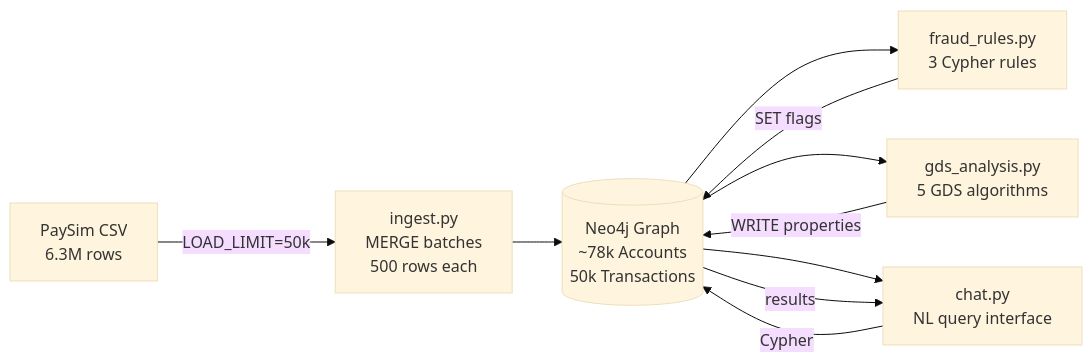
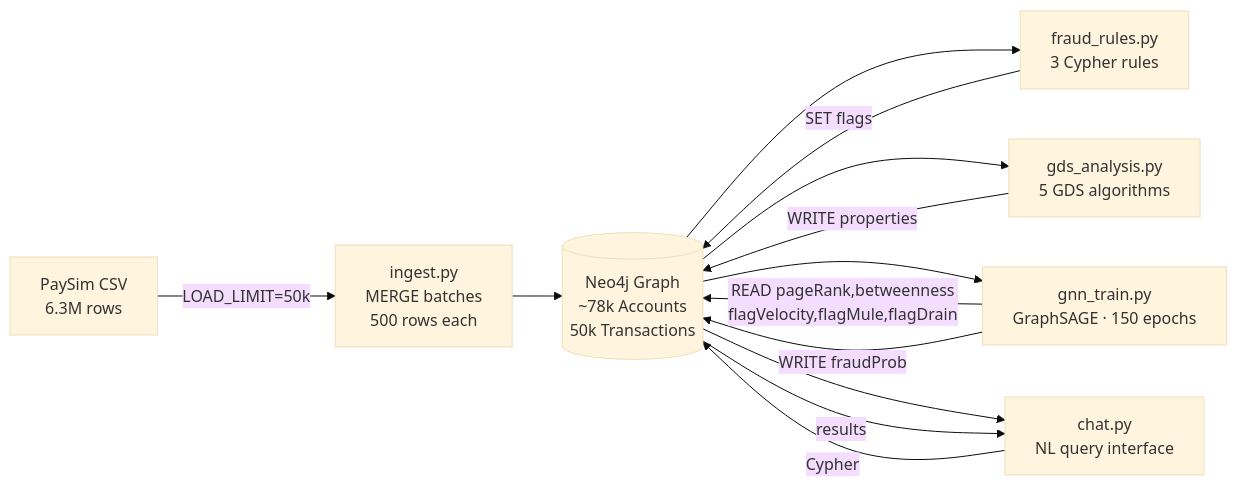
One commit to mohamed-soubhi/fraud-graph-demo changed the second of 7 diagrams in ARCHITECTURE.md. Above: the diagram before and after it, drawn with Mermaid (base theme). The commit also changed other lines of this file and 1 other file, not shown here.

Commit message:
docs: full documentation update — Quick Start guide, GNN test cases, GNN pipeline diagram, GraphSAGE rationale

````diff
--- a/ARCHITECTURE.md
+++ b/ARCHITECTURE.md
@@ -44,12 +47,15 @@
 ```mermaid
 flowchart LR
     A["PaySim CSV\n6.3M rows"] -->|LOAD_LIMIT=50k| B["ingest.py\nMERGE batches\n500 rows each"]
     B --> C[("Neo4j Graph\n~78k Accounts\n50k Transactions")]
     C --> D["fraud_rules.py\n3 Cypher rules"]
     D -->|SET flags| C
     C --> E["gds_analysis.py\n5 GDS algorithms"]
     E -->|WRITE properties| C
+    C --> G["gnn_train.py\nGraphSAGE · 150 epochs"]
+    G -->|READ pageRank,betweenness\nflagVelocity,flagMule,flagDrain| C
+    G -->|WRITE fraudProb| C
     C --> F["chat.py\nNL query interface"]
     F -->|Cypher| C
     C -->|results| F
 ```
````
